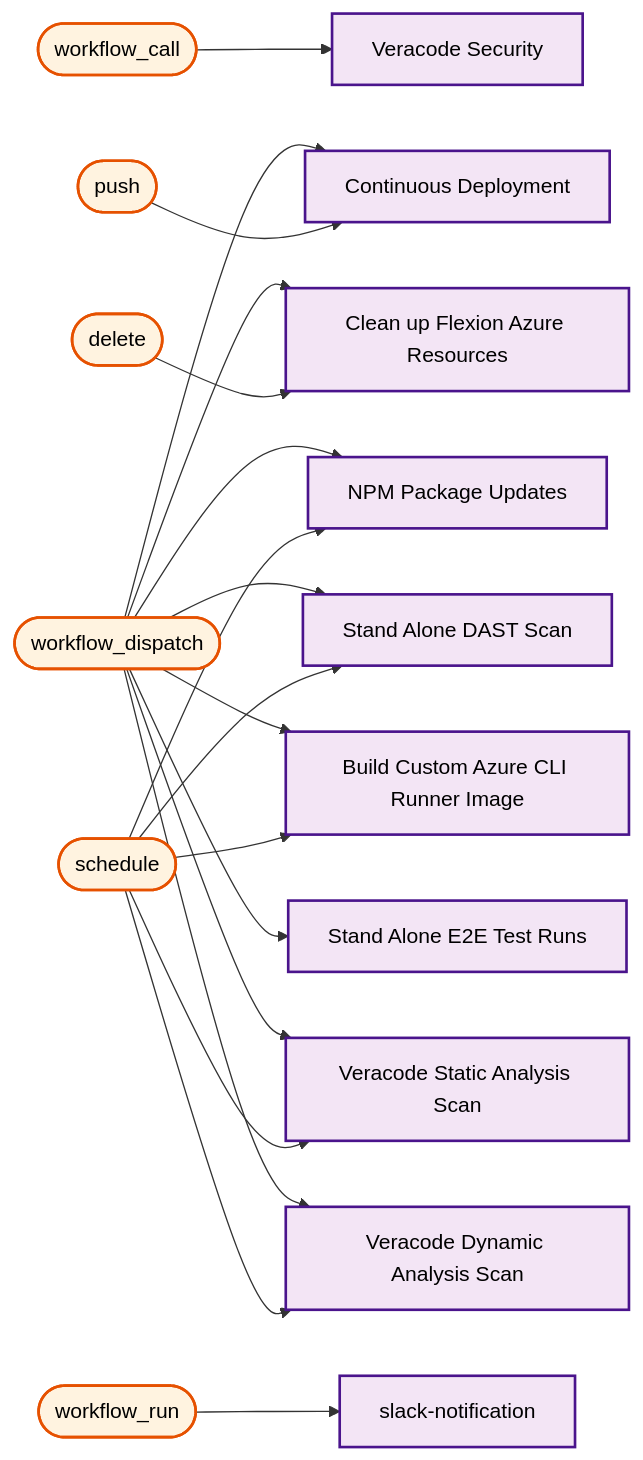
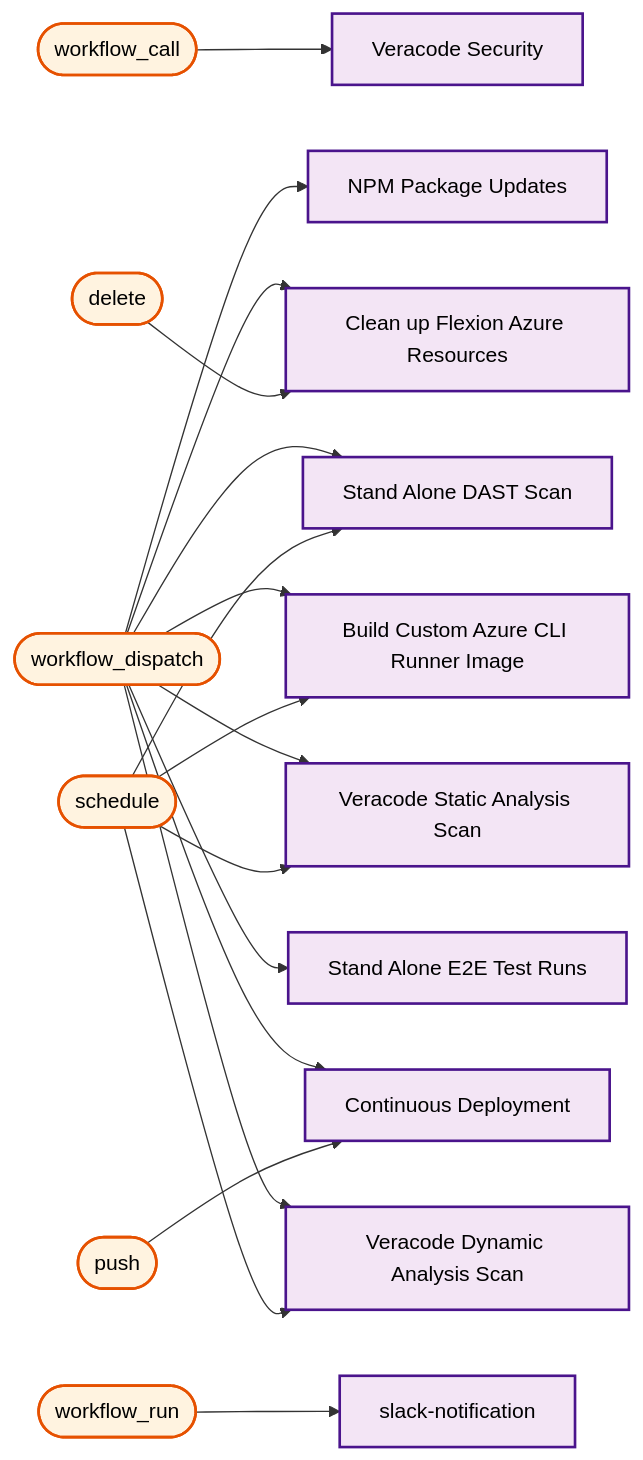
Before and after one commit to US-Trustee-Program/Bankruptcy-Oversight-Support-Systems: diagram 22 of 22 in docs/operations/workflow-diagram.md, drawn with Mermaid. The commit also changed other lines of this file and 1 other file, not shown here.

````diff
--- a/docs/operations/workflow-diagram.md
+++ b/docs/operations/workflow-diagram.md
@@ -1263,64 +1256,62 @@
 ```mermaid
 flowchart LR
     trigger_workflow_call(["workflow_call"])
     sub_security_scan_yml["Veracode Security"]
     trigger_workflow_dispatch(["workflow_dispatch"])
     e2e_test_yml["Stand Alone E2E Test Runs"]
     azure_remove_branch_yml["Clean up Flexion Azure Resources"]
     veracode_dast_scan_yml["Veracode Dynamic Analysis Scan"]
     veracode_sast_upload_yml["Veracode Static Analysis Scan"]
     continuous_deployment_yml["Continuous Deployment"]
     build_azure_cli_image_yml["Build Custom Azure CLI Runner Image"]
     dast_scan_yml["Stand Alone DAST Scan"]
     update_dependencies_yml["NPM Package Updates"]
     trigger_delete(["delete"])
     azure_remove_branch_yml["Clean up Flexion Azure Resources"]
     trigger_schedule(["schedule"])
     veracode_dast_scan_yml["Veracode Dynamic Analysis Scan"]
     veracode_sast_upload_yml["Veracode Static Analysis Scan"]
     build_azure_cli_image_yml["Build Custom Azure CLI Runner Image"]
     dast_scan_yml["Stand Alone DAST Scan"]
-    update_dependencies_yml["NPM Package Updates"]
     trigger_push(["push"])
     continuous_deployment_yml["Continuous Deployment"]
     trigger_workflow_run(["workflow_run"])
     slack_notification_yml["slack-notification"]
 
     trigger_workflow_call --> sub_security_scan_yml
     trigger_workflow_dispatch --> e2e_test_yml
     trigger_workflow_dispatch --> azure_remove_branch_yml
     trigger_workflow_dispatch --> veracode_dast_scan_yml
     trigger_workflow_dispatch --> veracode_sast_upload_yml
     trigger_workflow_dispatch --> continuous_deployment_yml
     trigger_workflow_dispatch --> build_azure_cli_image_yml
     trigger_workflow_dispatch --> dast_scan_yml
     trigger_workflow_dispatch --> update_dependencies_yml
     trigger_delete --> azure_remove_branch_yml
     trigger_schedule --> veracode_dast_scan_yml
     trigger_schedule --> veracode_sast_upload_yml
     trigger_schedule --> build_azure_cli_image_yml
     trigger_schedule --> dast_scan_yml
-    trigger_schedule --> update_dependencies_yml
     trigger_push --> continuous_deployment_yml
     trigger_workflow_run --> slack_notification_yml
 
     classDef mainWorkflow fill:#f3e5f5,stroke:#4a148c,stroke-width:2px,color:#000000
     classDef trigger fill:#fff3e0,stroke:#e65100,stroke-width:2px,color:#000000
 
     class trigger_workflow_call trigger
     class trigger_workflow_dispatch trigger
     class trigger_delete trigger
     class trigger_schedule trigger
     class trigger_push trigger
     class trigger_workflow_run trigger
     class sub_security_scan_yml mainWorkflow
     class e2e_test_yml mainWorkflow
     class azure_remove_branch_yml mainWorkflow
     class veracode_dast_scan_yml mainWorkflow
     class veracode_sast_upload_yml mainWorkflow
     class continuous_deployment_yml mainWorkflow
     class build_azure_cli_image_yml mainWorkflow
     class dast_scan_yml mainWorkflow
     class update_dependencies_yml mainWorkflow
     class slack_notification_yml mainWorkflow
 ```
````
